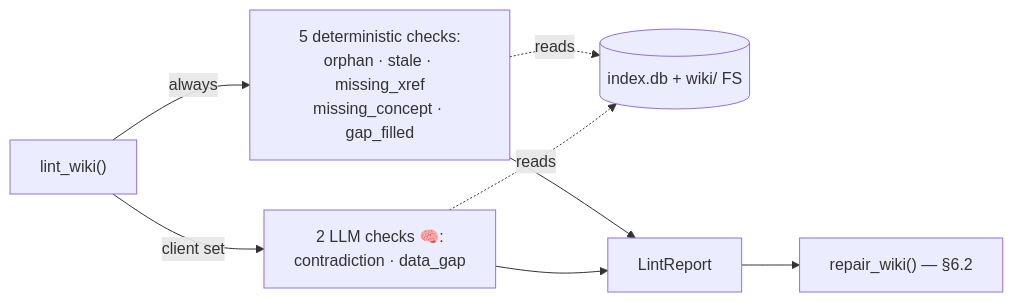
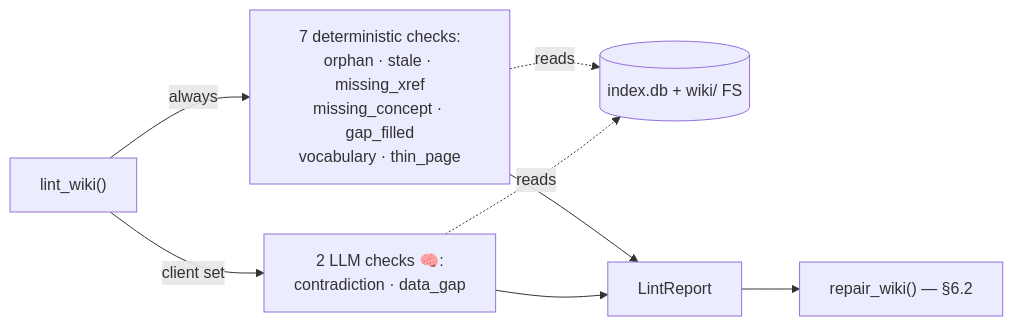
The first of 10 diagrams in docs/manual/workflows.md (Clod/llmwiki-marimo), drawn with Mermaid before and after one commit. The commit also changed other lines of this file, not shown here.

First line of the commit message:
docs(manual): document the vocabulary subsystem in the ingestion workflows

````diff
--- a/docs/manual/workflows.md
+++ b/docs/manual/workflows.md
@@ -89,10 +89,10 @@
 ```mermaid
 flowchart LR
-    L["lint_wiki()"] -->|always| DET["5 deterministic checks:<br/>orphan · stale · missing_xref<br/>missing_concept · gap_filled"]
+    L["lint_wiki()"] -->|always| DET["7 deterministic checks:<br/>orphan · stale · missing_xref<br/>missing_concept · gap_filled<br/>vocabulary · thin_page"]
     L -->|client set| LLM["2 LLM checks 🧠:<br/>contradiction · data_gap"]
     DET -. reads .-> S[("index.db + wiki/ FS")]
     LLM -. reads .-> S
     DET --> RPT["LintReport"]
     LLM --> RPT
     RPT --> RW["repair_wiki() — §6.2"]
 ```
````
